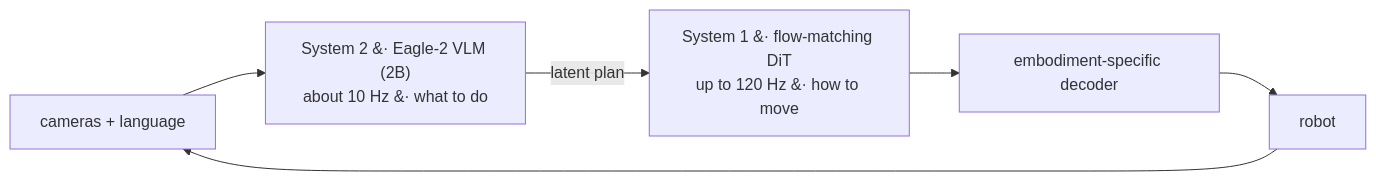
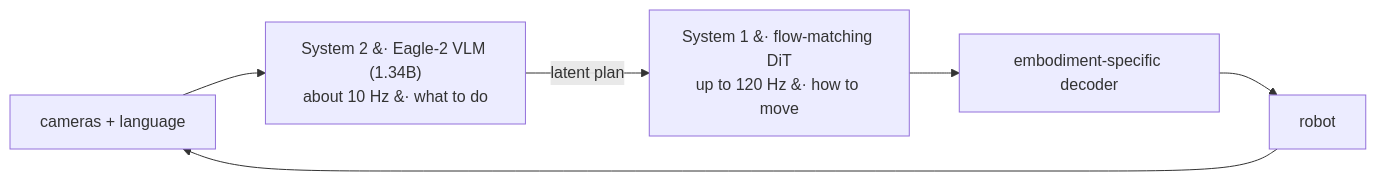
The first of 2 diagrams in content/01-canonical-papers/notes/4-vla/gr00t-n1.md (jiseop-byeon/phd-wiki), drawn with Mermaid before and after one commit. The commit also changed other lines of this file and 18 other files, not shown here.

````diff
--- a/content/01-canonical-papers/notes/4-vla/gr00t-n1.md
+++ b/content/01-canonical-papers/notes/4-vla/gr00t-n1.md
@@ -50,8 +50,8 @@
 ```mermaid
 flowchart LR
-    OBS["cameras + language"] --> S2["System 2 &#183; Eagle-2 VLM (2B)<br/>about 10 Hz &#183; what to do"]
+    OBS["cameras + language"] --> S2["System 2 &#183; Eagle-2 VLM (1.34B)<br/>about 10 Hz &#183; what to do"]
     S2 -->|"latent plan"| S1["System 1 &#183; flow-matching DiT<br/>up to 120 Hz &#183; how to move"]
     S1 --> ENC["embodiment-specific decoder"]
     ENC --> ROB["robot"]
     ROB --> OBS
 ```
````
